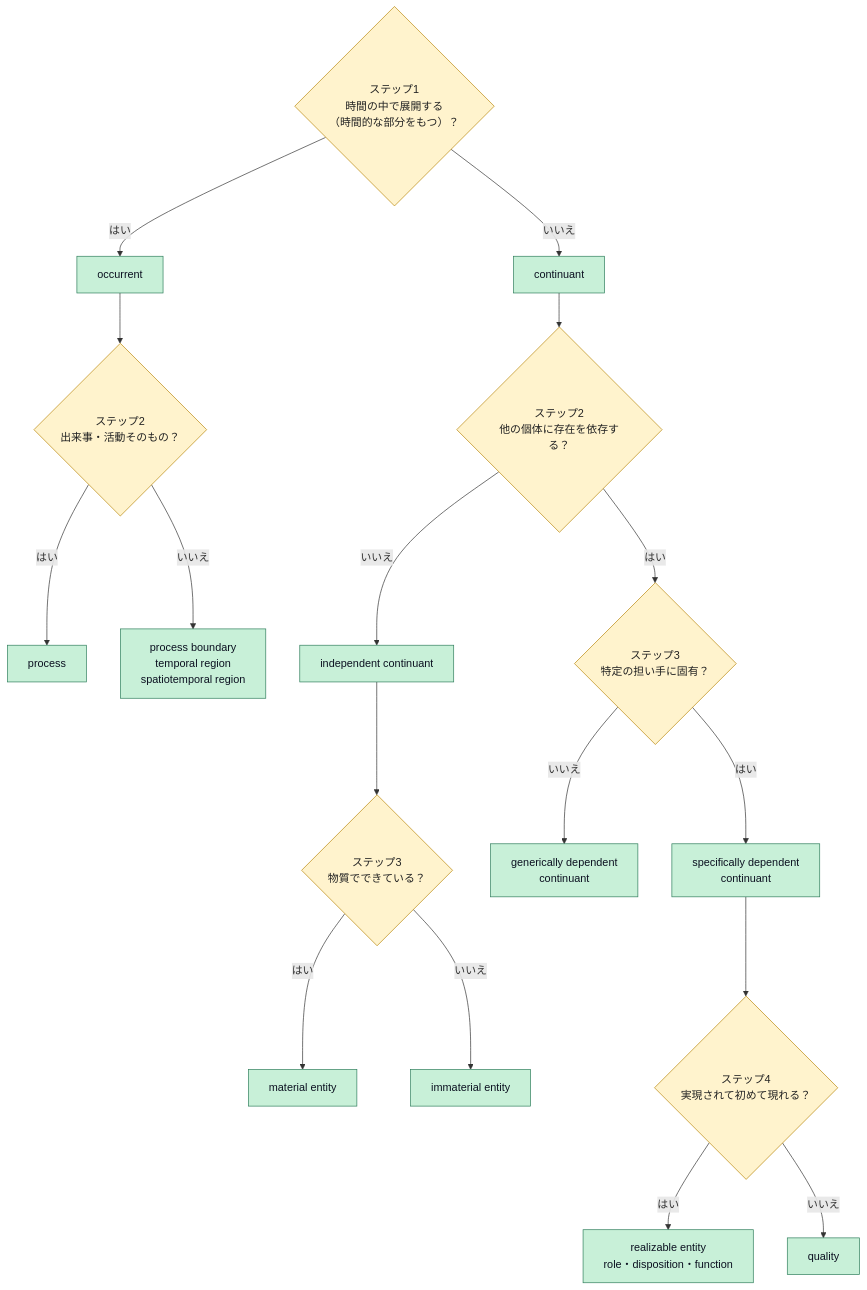
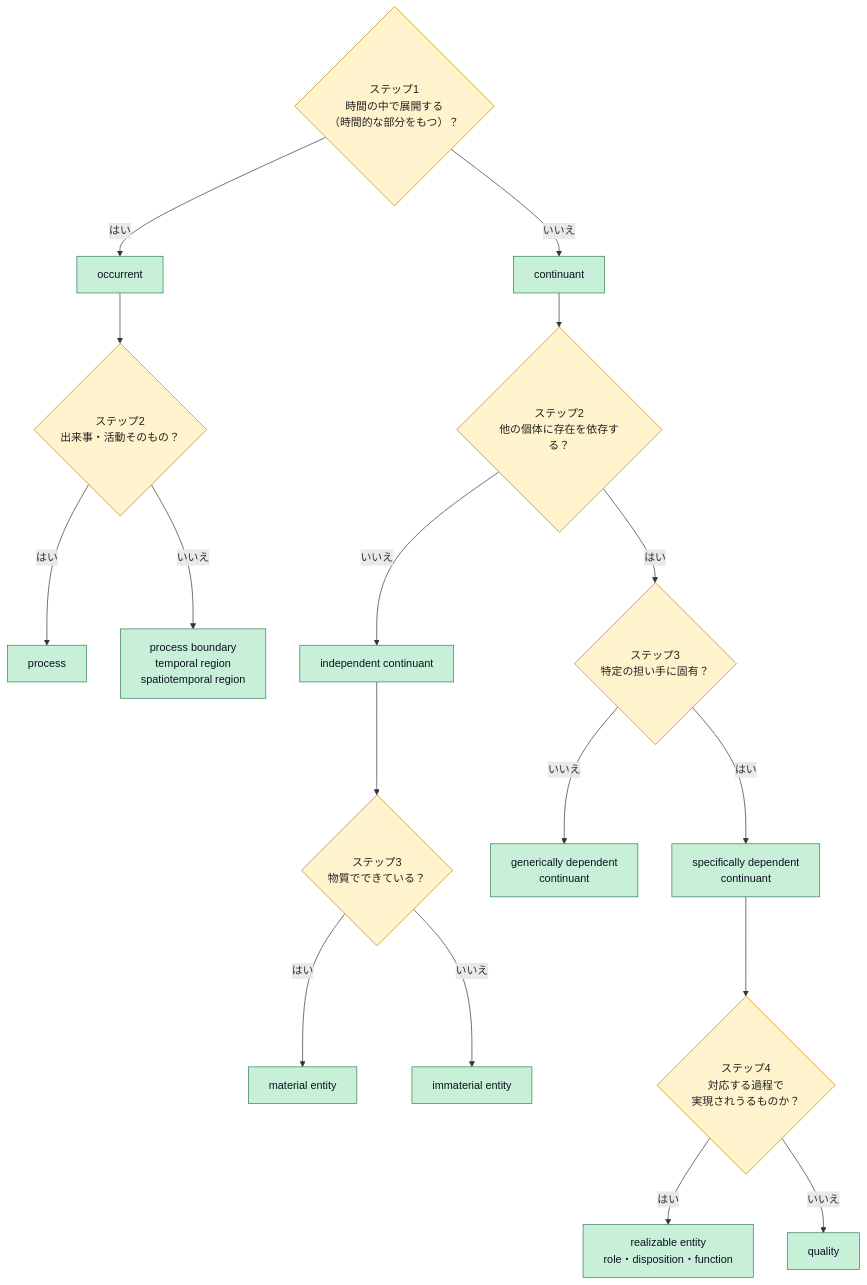
The tenth of 15 diagrams in Iso-iec-21838-2-bfo-guide.md (myoshi2891/Quality-Assurance-Studies), drawn with Mermaid before and after one commit. The commit also changed other lines of this file and 3 other files, not shown here.

````diff
--- a/Iso-iec-21838-2-bfo-guide.md
+++ b/Iso-iec-21838-2-bfo-guide.md
@@ -491,29 +491,29 @@
 ```mermaid
 flowchart TB
   Q1{"ステップ1<br/>時間の中で展開する<br/>（時間的な部分をもつ）？"}
   Q1 -->|"はい"| OC["occurrent"]
   Q1 -->|"いいえ"| CO["continuant"]
 
   OC --> OC1{"ステップ2<br/>出来事・活動そのもの？"}
   OC1 -->|"はい"| PR["process"]
   OC1 -->|"いいえ"| PR2["process boundary<br/>temporal region<br/>spatiotemporal region"]
 
   CO --> Q2{"ステップ2<br/>他の個体に存在を依存する？"}
   Q2 -->|"いいえ"| IC["independent continuant"]
   Q2 -->|"はい"| Q3{"ステップ3<br/>特定の担い手に固有？"}
   Q3 -->|"はい"| SD["specifically dependent<br/>continuant"]
   Q3 -->|"いいえ"| GD["generically dependent<br/>continuant"]
 
   IC --> Q4{"ステップ3<br/>物質でできている？"}
   Q4 -->|"はい"| ME["material entity"]
   Q4 -->|"いいえ"| IE["immaterial entity"]
 
-  SD --> Q5{"ステップ4<br/>実現されて初めて現れる？"}
+  SD --> Q5{"ステップ4<br/>対応する過程で<br/>実現されうるものか？"}
   Q5 -->|"はい"| RE["realizable entity<br/>role・disposition・function"]
   Q5 -->|"いいえ"| QU["quality"]
 
   classDef dec fill:#fff3cd,stroke:#b8860b,color:#222222
   classDef res fill:#c8f0d8,stroke:#2e7d5b,color:#0b1020
   class Q1,OC1,Q2,Q3,Q4,Q5 dec
   class OC,CO,PR,PR2,IC,SD,GD,ME,IE,RE,QU res
 ```
````
